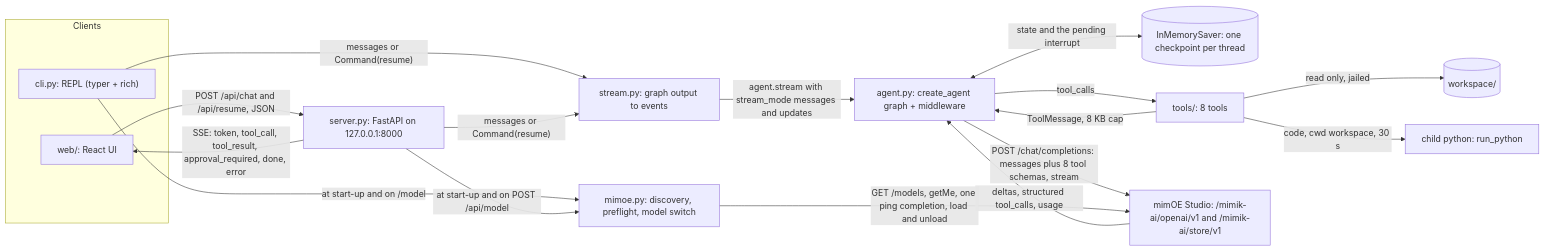
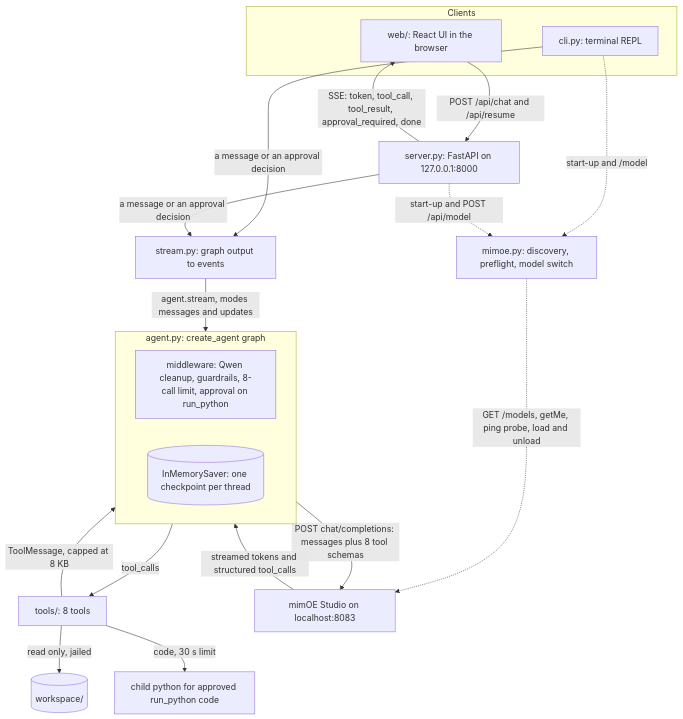
One commit to dalisyron/mimoe-langchain-agent changed the second of 3 diagrams in README.md. Above: the diagram before and after it, drawn with Mermaid.

Commit message:
docs: redraw the component diagram top to bottom (verified to render with Mermaid 11)

````diff
--- a/README.md
+++ b/README.md
@@ -190,31 +190,33 @@
 ```mermaid
-flowchart LR
+flowchart TB
     subgraph clients["Clients"]
-        CLI["cli.py: REPL (typer + rich)"]
-        UI["web/: React UI"]
+        CLI["cli.py: terminal REPL"]
+        UI["web/: React UI in the browser"]
     end
     API["server.py: FastAPI on 127.0.0.1:8000"]
     ST["stream.py: graph output to events"]
-    AG["agent.py: create_agent graph + middleware"]
-    CK[("InMemorySaver: one checkpoint per thread")]
+    subgraph AGENT["agent.py: create_agent graph"]
+        MW["middleware: Qwen cleanup, guardrails, 8-call limit, approval on run_python"]
+        CK[("InMemorySaver: one checkpoint per thread")]
+    end
     TOOLS["tools/: 8 tools"]
-    PY["child python: run_python"]
     WS[("workspace/")]
+    PY["child python for approved run_python code"]
     PRE["mimoe.py: discovery, preflight, model switch"]
-    EP["mimOE Studio: /mimik-ai/openai/v1 and /mimik-ai/store/v1"]
-    CLI -->|"messages or Command(resume)"| ST
-    UI -->|"POST /api/chat and /api/resume, JSON"| API
-    API -->|"SSE: token, tool_call, tool_result, approval_required, done, error"| UI
-    API -->|"messages or Command(resume)"| ST
-    ST -->|"agent.stream with stream_mode messages and updates"| AG
-    AG <-->|"state and the pending interrupt"| CK
-    AG -->|"POST /chat/completions: messages plus 8 tool schemas, stream"| EP
-    EP -->|"deltas, structured tool_calls, usage"| AG
-    AG -->|"tool_calls"| TOOLS
-    TOOLS -->|"ToolMessage, 8 KB cap"| AG
+    EP["mimOE Studio on localhost:8083"]
+
+    UI -->|"POST /api/chat and /api/resume"| API
+    API -->|"SSE: token, tool_call, tool_result, approval_required, done"| UI
+    CLI -->|"a message or an approval decision"| ST
+    API -->|"a message or an approval decision"| ST
+    ST -->|"agent.stream, modes messages and updates"| AGENT
+    AGENT -->|"POST chat/completions: messages plus 8 tool schemas"| EP
+    EP -->|"streamed tokens and structured tool_calls"| AGENT
+    AGENT -->|"tool_calls"| TOOLS
+    TOOLS -->|"ToolMessage, capped at 8 KB"| AGENT
     TOOLS -->|"read only, jailed"| WS
-    TOOLS -->|"code, cwd workspace, 30 s"| PY
-    CLI -->|"at start-up and on /model"| PRE
-    API -->|"at start-up and on POST /api/model"| PRE
-    PRE -->|"GET /models, getMe, one ping completion, load and unload"| EP
+    TOOLS -->|"code, 30 s limit"| PY
+    CLI -.->|"start-up and /model"| PRE
+    API -.->|"start-up and POST /api/model"| PRE
+    PRE -.->|"GET /models, getMe, ping probe, load and unload"| EP
 ```
````
